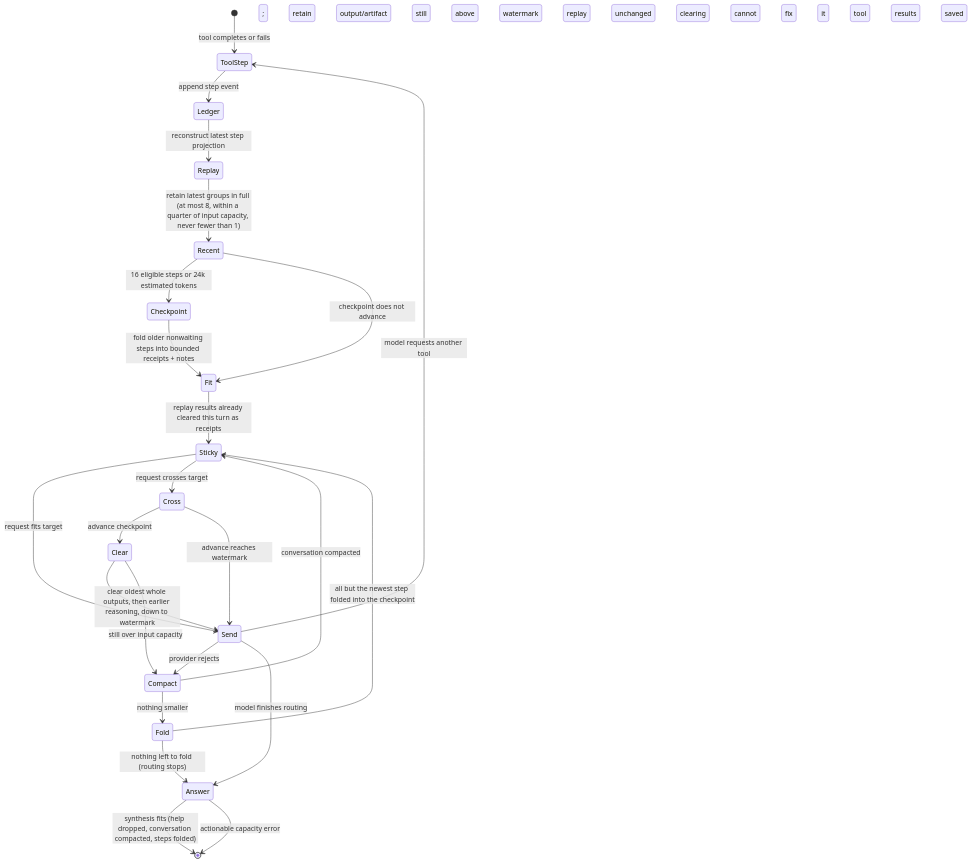
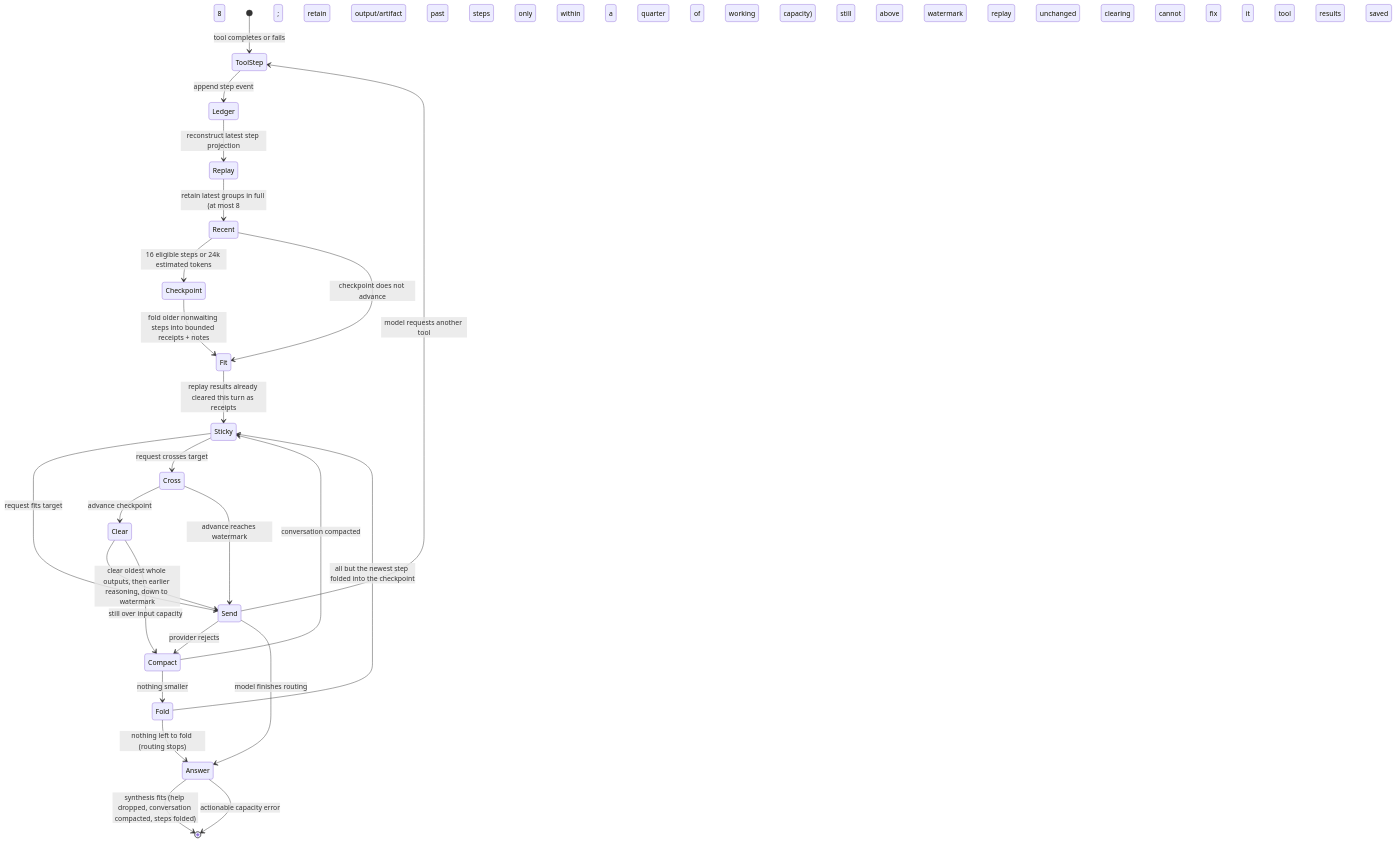
One commit to berylliumsec/nebula changed the second of 2 diagrams in docs/design/assistant-context-state-machine.md. Above: the diagram before and after it, drawn with Mermaid. The commit also changed 5 other files, not shown here.

First line of the commit message:
Size recent groups as the route is sent them; bound only windows past eight steps

````diff
--- a/docs/design/assistant-context-state-machine.md
+++ b/docs/design/assistant-context-state-machine.md
@@ -58,26 +58,26 @@
 ```mermaid
 stateDiagram-v2
     [*] --> ToolStep: tool completes or fails
     ToolStep --> Ledger: append step event; retain output/artifact
     Ledger --> Replay: reconstruct latest step projection
-    Replay --> Recent: retain latest groups in full (at most 8, within a quarter of input capacity, never fewer than 1)
+    Replay --> Recent: retain latest groups in full (at most 8; past 8 steps only within a quarter of working capacity)
     Recent --> Checkpoint: 16 eligible steps or 24k estimated tokens
     Recent --> Fit: checkpoint does not advance
     Checkpoint --> Fit: fold older nonwaiting steps into bounded receipts + notes
     Fit --> Sticky: replay results already cleared this turn as receipts
     Sticky --> Send: request fits target
     Sticky --> Cross: request crosses target
     Cross --> Clear: advance checkpoint; still above watermark
     Cross --> Send: advance reaches watermark
     Clear --> Send: clear oldest whole outputs, then earlier reasoning, down to watermark
     Clear --> Compact: still over input capacity
     Compact --> Sticky: conversation compacted; replay unchanged
     Compact --> Fold: nothing smaller
     Fold --> Sticky: all but the newest step folded into the checkpoint
     Fold --> Answer: nothing left to fold (routing stops)
     Send --> Compact: provider rejects; clearing cannot fix it
     Send --> ToolStep: model requests another tool
     Send --> Answer: model finishes routing
     Answer --> [*]: synthesis fits (help dropped, conversation compacted, steps folded)
     Answer --> [*]: actionable capacity error; tool results saved
 ```
````
